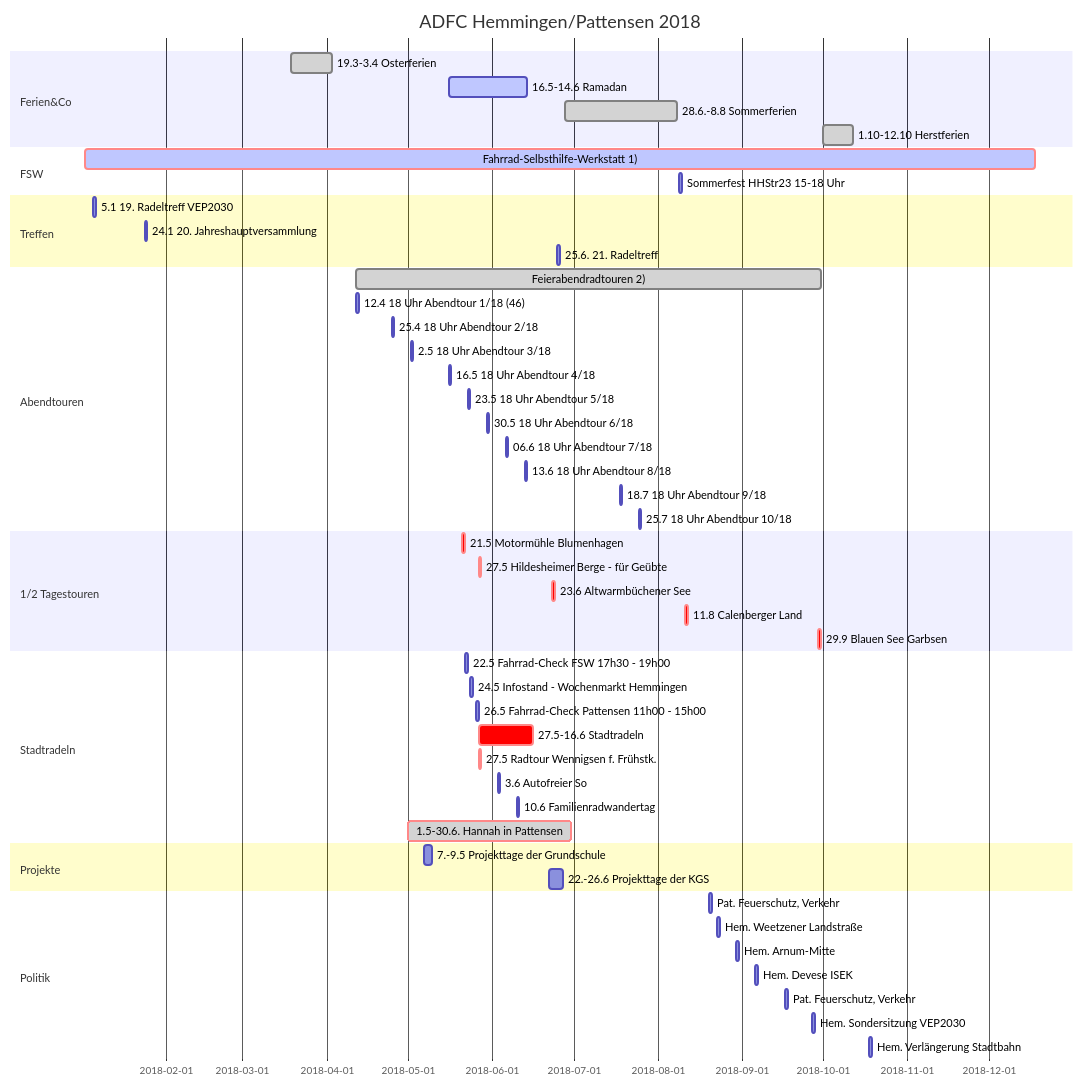
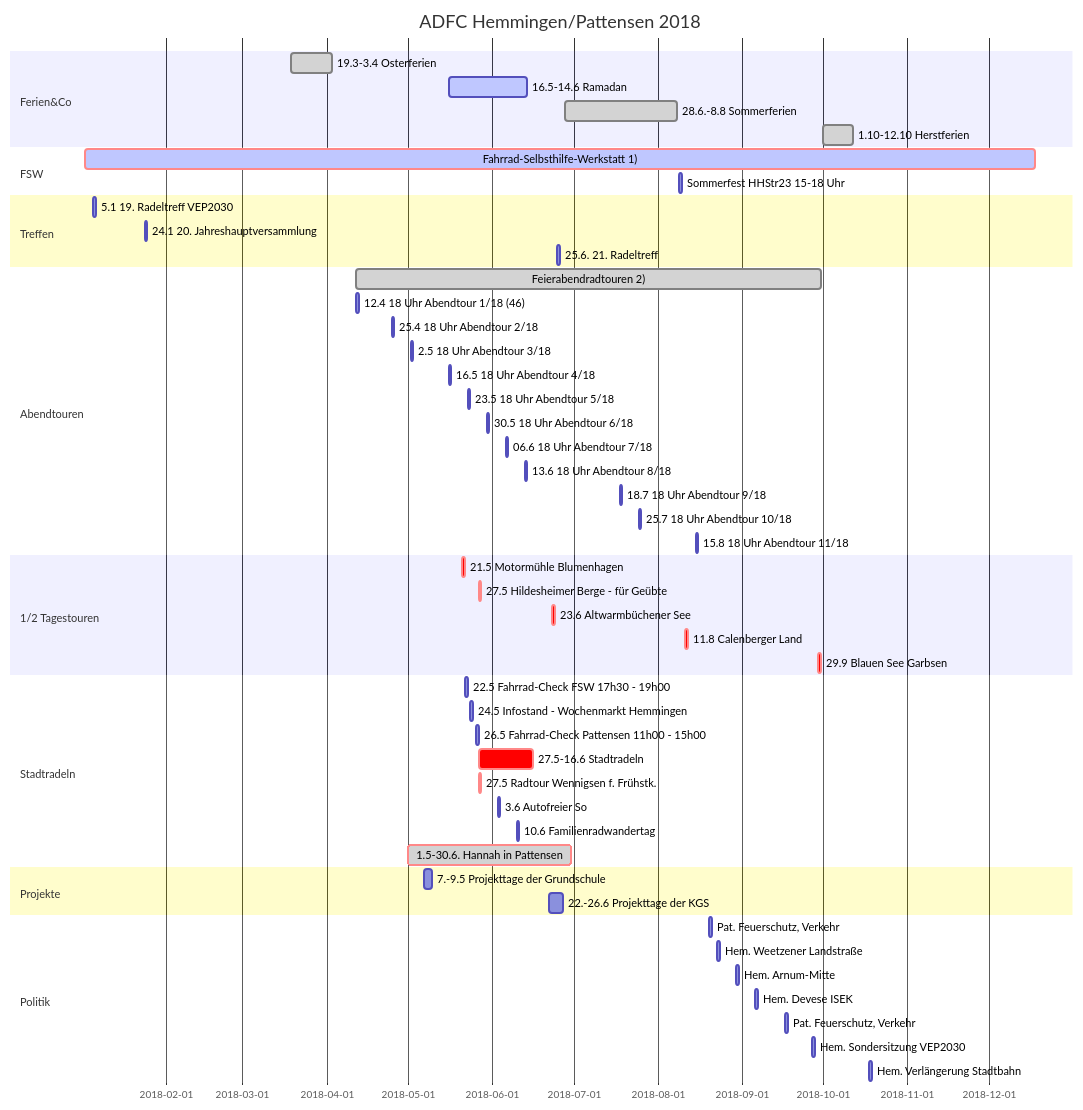
The diagram in index.md (adfc-hemmingen-pattensen/adfc-hemmingen-pattensen.github.io), drawn with Mermaid before and after one commit. The commit also changed other lines of this file and 2 other files, not shown here.

````diff
--- a/index.md
+++ b/index.md
@@ -100,64 +100,65 @@
 ```mermaid
 gantt
   title ADFC Hemmingen/Pattensen 2018
   dateFormat  DD.MM.YY
 
 section Ferien&Co
   19.3-3.4 Osterferien                        :done,        19.03.18, 03.04.18
   16.5-14.6  Ramadan                          :active,done, 16.05.18, 14.06.18
   28.6.-8.8 Sommerferien                      :done,        28.06.18, 08.08.18
   1.10-12.10 Herstferien                      :done,        01.10.18, 12.10.18
 
 section FSW
   Fahrrad-Selbsthilfe-Werkstatt 1)            :crit,active, 02.01.18, 18.12.18
   Sommerfest HHStr23  15-18 Uhr      : 09.08.18, 1d
 
 section Treffen
   5.1 19. Radeltreff VEP2030        : 05.01.18, 1d
   24.1 20. Jahreshauptversammlung   : 24.01.18, 1d
   25.6. 21. Radeltreff              : 25.06.18, 1d
 
 section Abendtouren
   Feierabendradtouren 2)        :done, 12.04.18, 30.09.18
 12.4 18 Uhr Abendtour 1/18 (46) : 12.04.18,1d
 25.4 18 Uhr Abendtour 2/18    : 25.04.18,1d
 2.5 18 Uhr Abendtour 3/18     : 02.05.18,1d
 16.5 18 Uhr Abendtour 4/18     : 16.05.18,1d
 23.5 18 Uhr Abendtour 5/18      : 23.05.18,1d
 30.5 18 Uhr Abendtour 6/18      : 30.05.18,1d
 06.6 18 Uhr Abendtour 7/18      : 06.06.18,1d
 13.6 18 Uhr Abendtour 8/18      : 13.06.18,1d
 18.7 18 Uhr Abendtour 9/18      : 18.07.18,1d
 25.7 18 Uhr Abendtour 10/18      : 25.07.18,1d
+15.8 18 Uhr Abendtour 11/18      : 15.08.18,1d
 
 section 1/2 Tagestouren
   21.5 Motormühle Blumenhagen   :crit, 21.05.18,1d
   27.5 Hildesheimer Berge - für Geübte :crit, 27.05.18, 1d
   23.6 Altwarmbüchener See      :crit, 23.06.18,1d
   11.8 Calenberger Land         :crit, 11.08.18,1d
   29.9 Blauen See Garbsen       :crit, 29.09.18,1d
 
 
 section Stadtradeln
   22.5 Fahrrad-Check FSW 17h30 - 19h00                     :             22.05.18, 1d
   24.5 Infostand - Wochenmarkt Hemmingen : 24.05.18,1d
   26.5 Fahrrad-Check Pattensen 11h00 - 15h00              :             26.05.18, 1d
   27.5-16.6 Stadtradeln                       : crit,       27.05.18, 16.06.18
   27.5 Radtour Wennigsen f. Frühstk.          : crit,       27.05.18, 1d
   3.6 Autofreier So                           :             03.06.18, 1d
   10.6 Familienradwandertag                   :             10.06.18, 1d
   1.5-30.6.  Hannah in Pattensen              :crit, done,  01.05.18, 30.06.18
 
 section Projekte
   7.-9.5 Projekttage der Grundschule      :07.05.18, 3d
   22.-26.6 Projekttage der KGS      :22.06.18, 5d
 
 section Politik
   Pat. Feuerschutz, Verkehr                         :20.08.18, 1d
   Hem. Weetzener Landstraße                         :23.08.18, 1d
   Hem. Arnum-Mitte                                  :30.08.18, 1d
   Hem. Devese ISEK                                  :06.09.18, 1d
   Pat. Feuerschutz, Verkehr                         :17.09.18, 1d
   Hem. Sondersitzung VEP2030                        :27.09.18, 1d
   Hem. Verlängerung Stadtbahn                       :18.10.18, 1d
 ```
````
